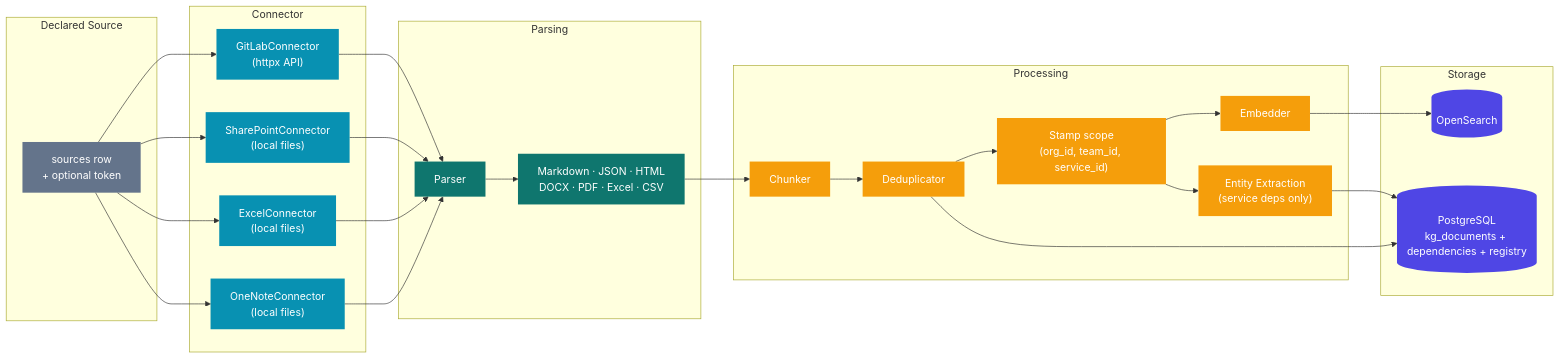
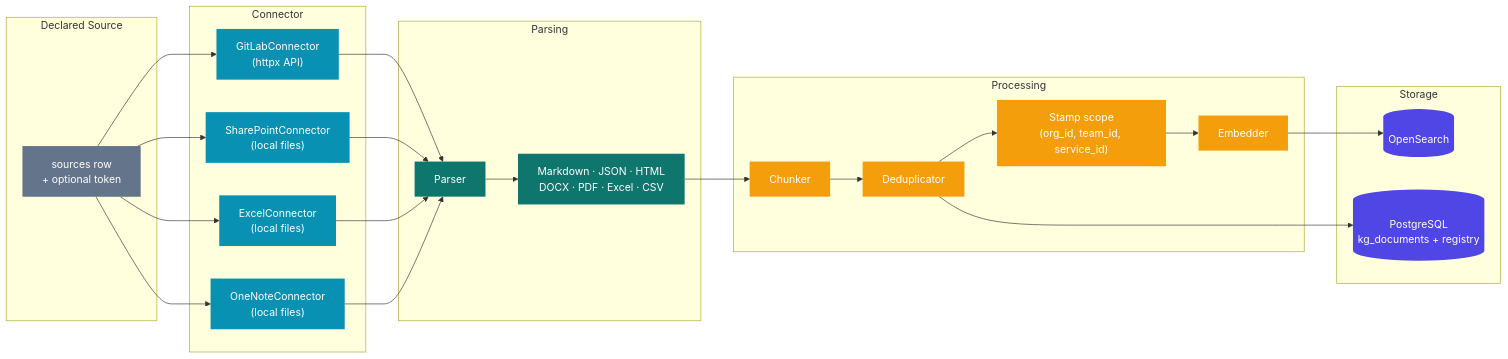
Before and after one commit to gurungabit/prism: the second of 5 diagrams in docs/data-flow.md, drawn with Mermaid. The commit also changed other lines of this file and 9 other files, not shown here.

````diff
--- a/docs/data-flow.md
+++ b/docs/data-flow.md
@@ -51,55 +51,53 @@
 ```mermaid
 graph LR
     subgraph SRC_BOX["Declared Source"]
         S["sources row<br/>+ optional token"]
     end
 
     subgraph CONN_BOX["Connector"]
         GL["GitLabConnector<br/>(httpx API)"]
         SP["SharePointConnector<br/>(local files)"]
         EX["ExcelConnector<br/>(local files)"]
         ON["OneNoteConnector<br/>(local files)"]
     end
 
     subgraph PARSE["Parsing"]
         P["Parser"]
         FT["Markdown · JSON · HTML<br/>DOCX · PDF · Excel · CSV"]
     end
 
     subgraph PROC["Processing"]
         CH["Chunker"]
         DD["Deduplicator"]
         SCP["Stamp scope<br/>(org_id, team_id, service_id)"]
         EM["Embedder"]
-        EE["Entity Extraction<br/>(service deps only)"]
     end
 
     subgraph STORE["Storage"]
         OS[(OpenSearch)]
-        PG[(PostgreSQL<br/>kg_documents + dependencies + registry)]
+        PG[(PostgreSQL<br/>kg_documents + registry)]
     end
 
     S --> GL
     S --> SP
     S --> EX
     S --> ON
     GL --> P
     SP --> P
     EX --> P
     ON --> P
     P --> FT --> CH --> DD --> SCP --> EM --> OS
-    SCP --> EE --> PG
     DD --> PG
 
     classDef source fill:#64748b,color:#fff,stroke:none;
     classDef conn fill:#0891b2,color:#fff,stroke:none;
     classDef parse fill:#0f766e,color:#fff,stroke:none;
     classDef proc fill:#f59e0b,color:#fff,stroke:none;
     classDef store fill:#4f46e5,color:#fff,stroke:none;
 
     class S source;
     class GL,SP,EX,ON conn;
     class P,FT parse;
-    class CH,DD,SCP,EM,EE proc;
+    class CH,DD,SCP,EM proc;
     class OS,PG store;
 ```
````
